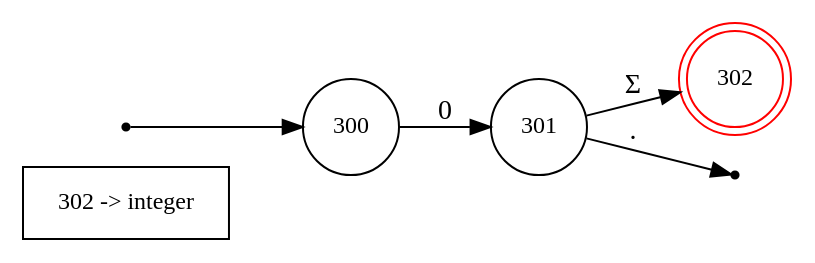
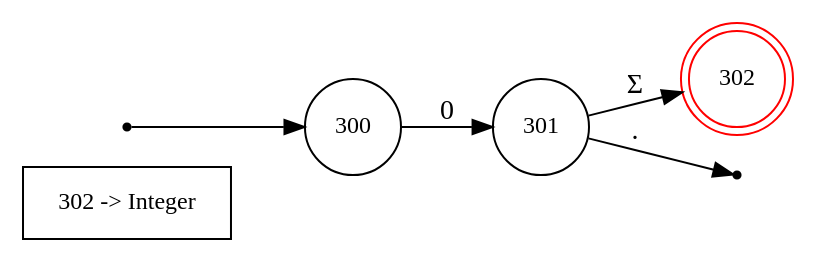
The diagram in dfa/zero.gv (pag4k/moon_compiler), drawn with Graphviz before and after one commit. The commit also changed 59 other files, not shown here.

```diff
--- a/dfa/zero.gv
+++ b/dfa/zero.gv
@@ -1,17 +1,17 @@
 digraph finite_state_machine {
 	rankdir=LR;
 	size="8,5"
 
-	node [shape = rectangle, label="302 -> integer", fontsize=12] token302;
+	node [shape = rectangle, label="302 -> Integer", fontsize=12] token302;
 
 	node [shape = circle, label="300", fontsize=12, color=black] 300;
 	node [shape = circle, label="301", fontsize=12, color=black] 301;
 	node [shape = doublecircle, label="302", fontsize=12, color=red] 302;
 
 	node [shape = point, color=black] q0;
 	q0	->	300;
 
 	301	->	302	[ label = "Σ" ];
+	301	->	400	[ label = "." ];
 	300	->	301	[ label = "0" ];
-	301	->	400	[ label = "." ];
 }
```
